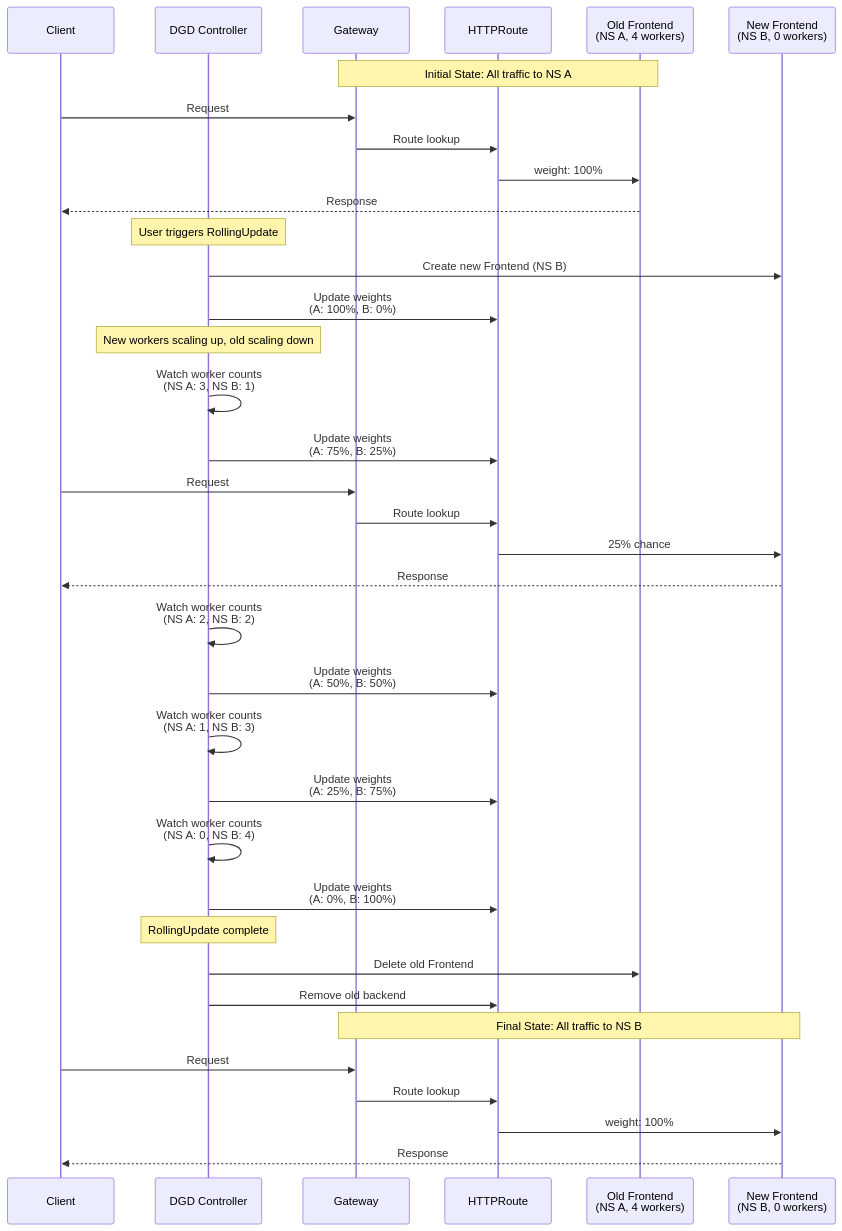
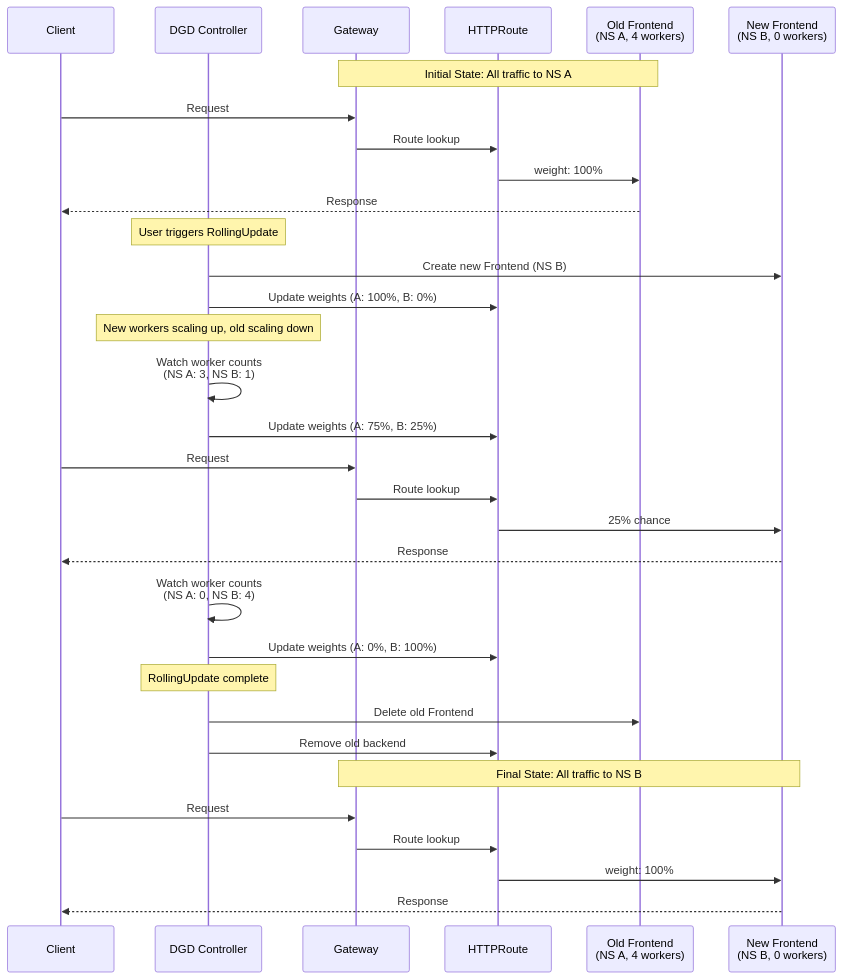
Before and after one commit to ai-dynamo/enhancements: the eighth of 10 diagrams in deps/NNNN-roll-out-strategy/NNNN-roll-out-strategy.md, drawn with Mermaid. The commit also changed other lines of this file, not shown here.

````diff
--- a/deps/NNNN-roll-out-strategy/NNNN-roll-out-strategy.md
+++ b/deps/NNNN-roll-out-strategy/NNNN-roll-out-strategy.md
@@ -459,52 +475,46 @@
 ```mermaid
 sequenceDiagram
     participant Client
     participant C as DGD Controller
     participant GW as Gateway
     participant HR as HTTPRoute
     participant FE_old as Old Frontend<br/>(NS A, 4 workers)
     participant FE_new as New Frontend<br/>(NS B, 0 workers)
 
     Note over GW,FE_old: Initial State: All traffic to NS A
 
     Client->>GW: Request
     GW->>HR: Route lookup
     HR->>FE_old: weight: 100%
     FE_old-->>Client: Response
 
     Note over C: User triggers RollingUpdate
 
     C->>FE_new: Create new Frontend (NS B)
-    C->>HR: Update weights<br/>(A: 100%, B: 0%)
+    C->>HR: Update weights (A: 100%, B: 0%)
 
     Note over C: New workers scaling up, old scaling down
 
     C->>C: Watch worker counts<br/>(NS A: 3, NS B: 1)
-    C->>HR: Update weights<br/>(A: 75%, B: 25%)
+    C->>HR: Update weights (A: 75%, B: 25%)
 
     Client->>GW: Request
     GW->>HR: Route lookup
     HR->>FE_new: 25% chance
     FE_new-->>Client: Response
 
-    C->>C: Watch worker counts<br/>(NS A: 2, NS B: 2)
-    C->>HR: Update weights<br/>(A: 50%, B: 50%)
-
-    C->>C: Watch worker counts<br/>(NS A: 1, NS B: 3)
-    C->>HR: Update weights<br/>(A: 25%, B: 75%)
-
     C->>C: Watch worker counts<br/>(NS A: 0, NS B: 4)
-    C->>HR: Update weights<br/>(A: 0%, B: 100%)
+    C->>HR: Update weights (A: 0%, B: 100%)
 
     Note over C: RollingUpdate complete
 
     C->>FE_old: Delete old Frontend
     C->>HR: Remove old backend
 
     Note over GW,FE_new: Final State: All traffic to NS B
 
     Client->>GW: Request
     GW->>HR: Route lookup
     HR->>FE_new: weight: 100%
     FE_new-->>Client: Response
 ```
````
